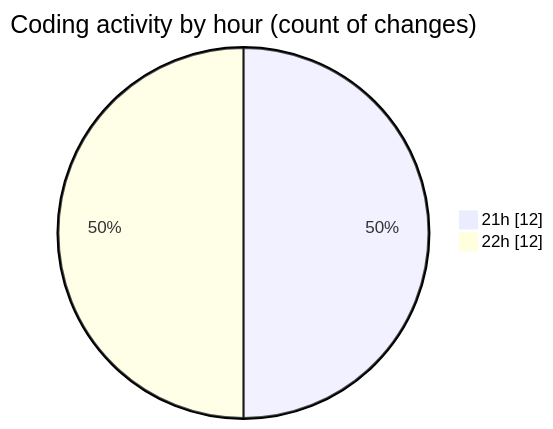
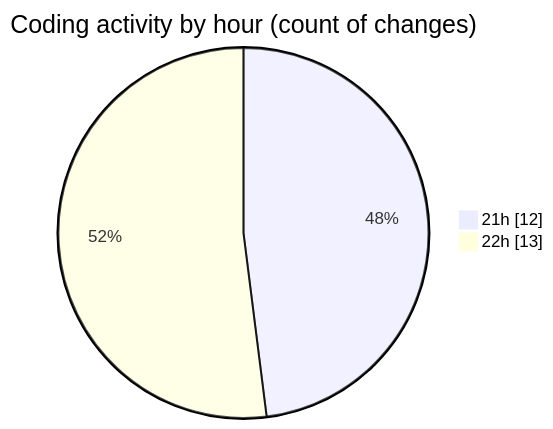
The second of 2 diagrams in 2025-03-08/elitesgpt/README.md (Elitesun/code-tracking), drawn with Mermaid before and after one commit. The commit also changed other lines of this file and 1 other file, not shown here.

````diff
--- a/2025-03-08/elitesgpt/README.md
+++ b/2025-03-08/elitesgpt/README.md
@@ -30,6 +31,6 @@
 ```mermaid
 pie showData
 title Coding activity by hour (count of changes)
 "21h" : 12
-"22h" : 12
+"22h" : 13
 ```
````
